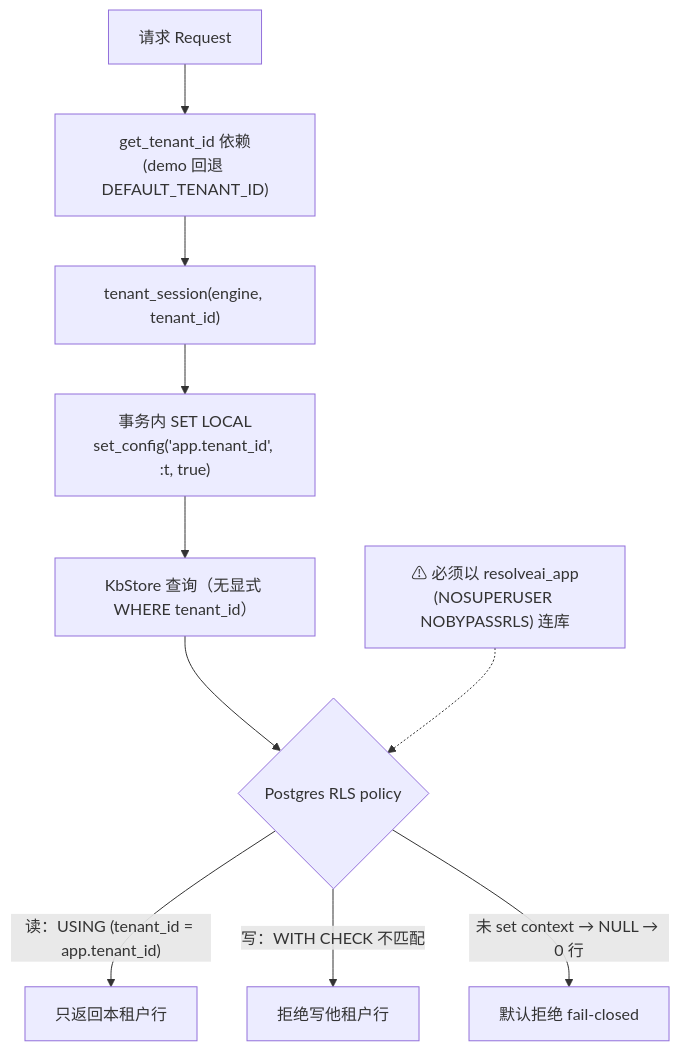
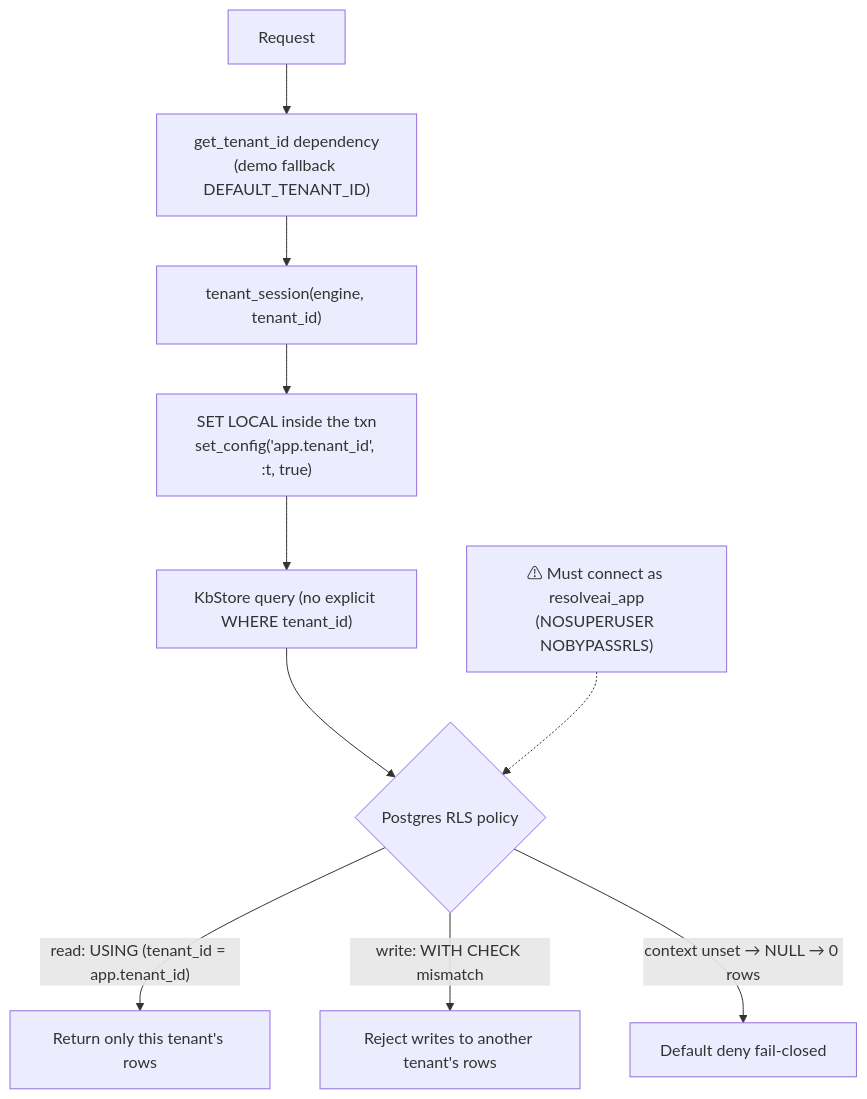
The diagram in docs/milestone-9-plan.md (AndyUneducated/resolve-ai), drawn with Mermaid before and after one commit. The commit also changed other lines of this file and 79 other files, not shown here.

````diff
--- a/docs/milestone-9-plan.md
+++ b/docs/milestone-9-plan.md
@@ -15,12 +15,12 @@
 ```mermaid
 flowchart TD
-  req["请求 Request"] --> dep["get_tenant_id 依赖<br/>(demo 回退 DEFAULT_TENANT_ID)"]
+  req["Request"] --> dep["get_tenant_id dependency<br/>(demo fallback DEFAULT_TENANT_ID)"]
   dep --> sess["tenant_session(engine, tenant_id)"]
-  sess --> setc["事务内 SET LOCAL<br/>set_config('app.tenant_id', :t, true)"]
-  setc --> q["KbStore 查询（无显式 WHERE tenant_id）"]
+  sess --> setc["SET LOCAL inside the txn<br/>set_config('app.tenant_id', :t, true)"]
+  setc --> q["KbStore query (no explicit WHERE tenant_id)"]
   q --> rls{"Postgres RLS policy"}
-  rls -->|"读：USING (tenant_id = app.tenant_id)"| rows["只返回本租户行"]
-  rls -->|"写：WITH CHECK 不匹配"| reject["拒绝写他租户行"]
-  rls -->|"未 set context → NULL → 0 行"| closed["默认拒绝 fail-closed"]
-  role["⚠ 必须以 resolveai_app<br/>(NOSUPERUSER NOBYPASSRLS) 连库"] -.-> rls
+  rls -->|"read: USING (tenant_id = app.tenant_id)"| rows["Return only this tenant's rows"]
+  rls -->|"write: WITH CHECK mismatch"| reject["Reject writes to another tenant's rows"]
+  rls -->|"context unset → NULL → 0 rows"| closed["Default deny fail-closed"]
+  role["⚠ Must connect as resolveai_app<br/>(NOSUPERUSER NOBYPASSRLS)"] -.-> rls
 ```
````
